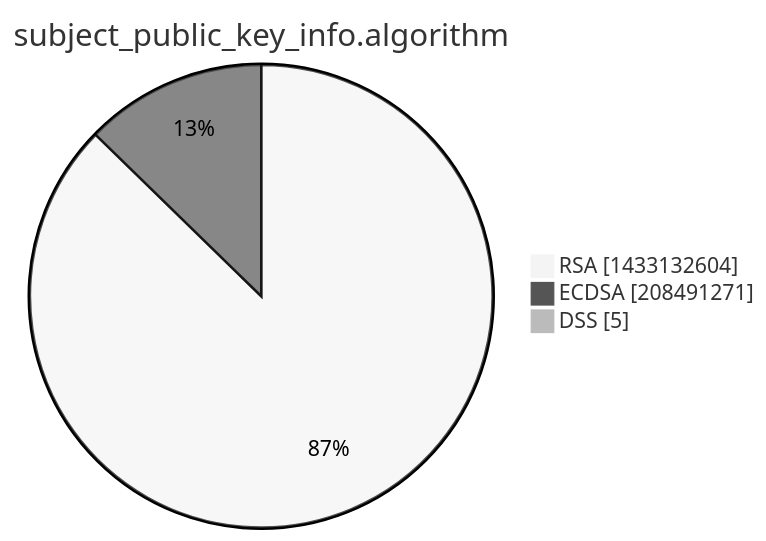
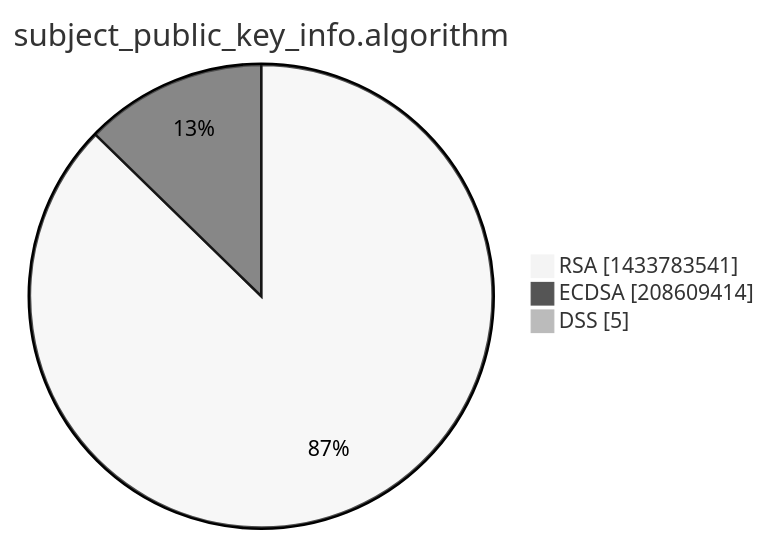
The third of 15 diagrams in xenon2022/README.md (christiankrug/ctmonitor_visualization), drawn with Mermaid (neutral theme) before and after one commit. The commit also changed other lines of this file, not shown here.

````diff
--- a/xenon2022/README.md
+++ b/xenon2022/README.md
@@ -14,7 +14,7 @@
 ```mermaid
 pie showData
 title subject_public_key_info.algorithm
-"RSA" :1433132604
-"ECDSA" :208491271
+"RSA" :1433783541
+"ECDSA" :208609414
 "DSS" :5
 ```
````
